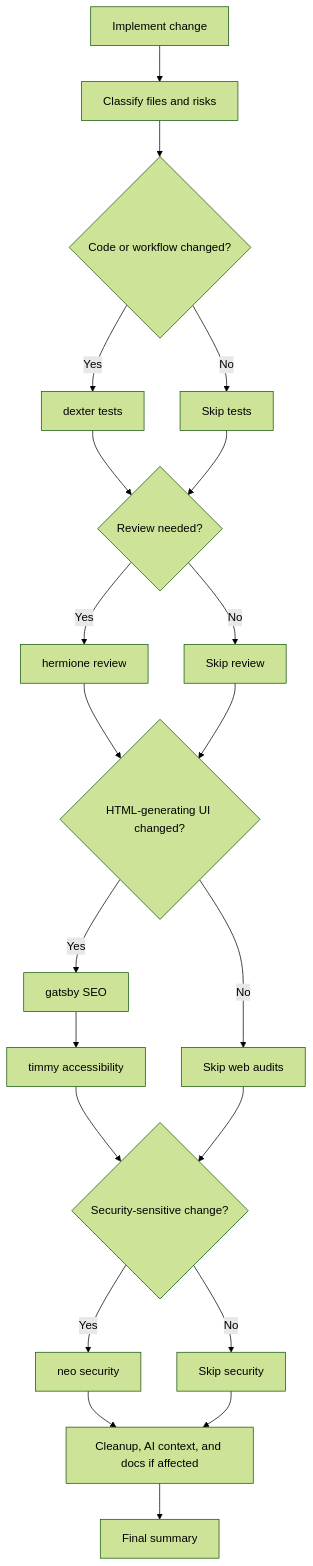
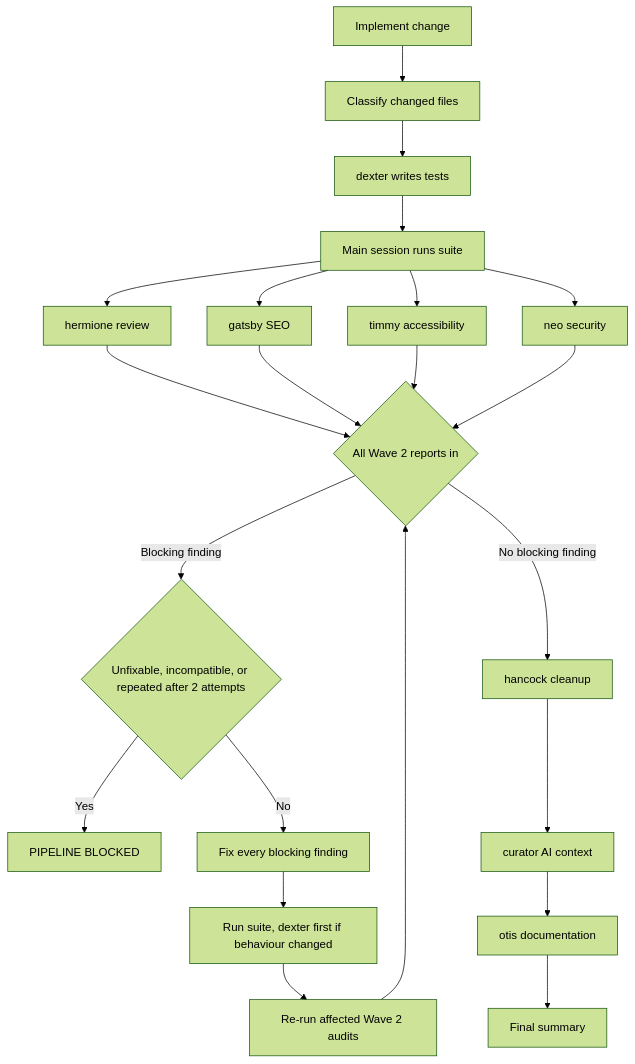
One commit to ThibaultAuge/myAgents changed the second of 2 diagrams in README.md. Above: the diagram before and after it, drawn with Mermaid (forest theme). The commit also changed other lines of this file and 6 other files, not shown here.

````diff
--- a/README.md
+++ b/README.md
@@ -179,23 +193,24 @@
 ```mermaid
 flowchart TD
-    A[Implement change] --> B[Classify files and risks]
-    B --> C{Code or workflow changed?}
-    C -- Yes --> D[dexter tests]
-    C -- No --> E[Skip tests]
-    D --> F{Review needed?}
-    E --> F
-    F -- Yes --> G[hermione review]
-    F -- No --> H[Skip review]
-    G --> I{HTML-generating UI changed?}
-    H --> I
-    I -- Yes --> J[gatsby SEO]
-    J --> K[timmy accessibility]
-    I -- No --> L[Skip web audits]
-    K --> M{Security-sensitive change?}
-    L --> M
-    M -- Yes --> N[neo security]
-    M -- No --> O[Skip security]
-    N --> P[Cleanup, AI context, and docs if affected]
-    O --> P
-    P --> Q[Final summary]
+    A[Implement change] --> B[Classify changed files]
+    B --> D[dexter writes tests]
+    D --> S[Main session runs suite]
+    S --> R[hermione review]
+    S --> G[gatsby SEO]
+    S --> T[timmy accessibility]
+    S --> N[neo security]
+    R --> J{All Wave 2 reports in}
+    G --> J
+    T --> J
+    N --> J
+    J -- Blocking finding --> U{Unfixable, incompatible, or repeated after 2 attempts}
+    U -- Yes --> PB[PIPELINE BLOCKED]
+    U -- No --> X[Fix every blocking finding]
+    X --> RT[Run suite, dexter first if behaviour changed]
+    RT --> RW[Re-run affected Wave 2 audits]
+    RW --> J
+    J -- No blocking finding --> H[hancock cleanup]
+    H --> C[curator AI context]
+    C --> O[otis documentation]
+    O --> F[Final summary]
 ```
````
